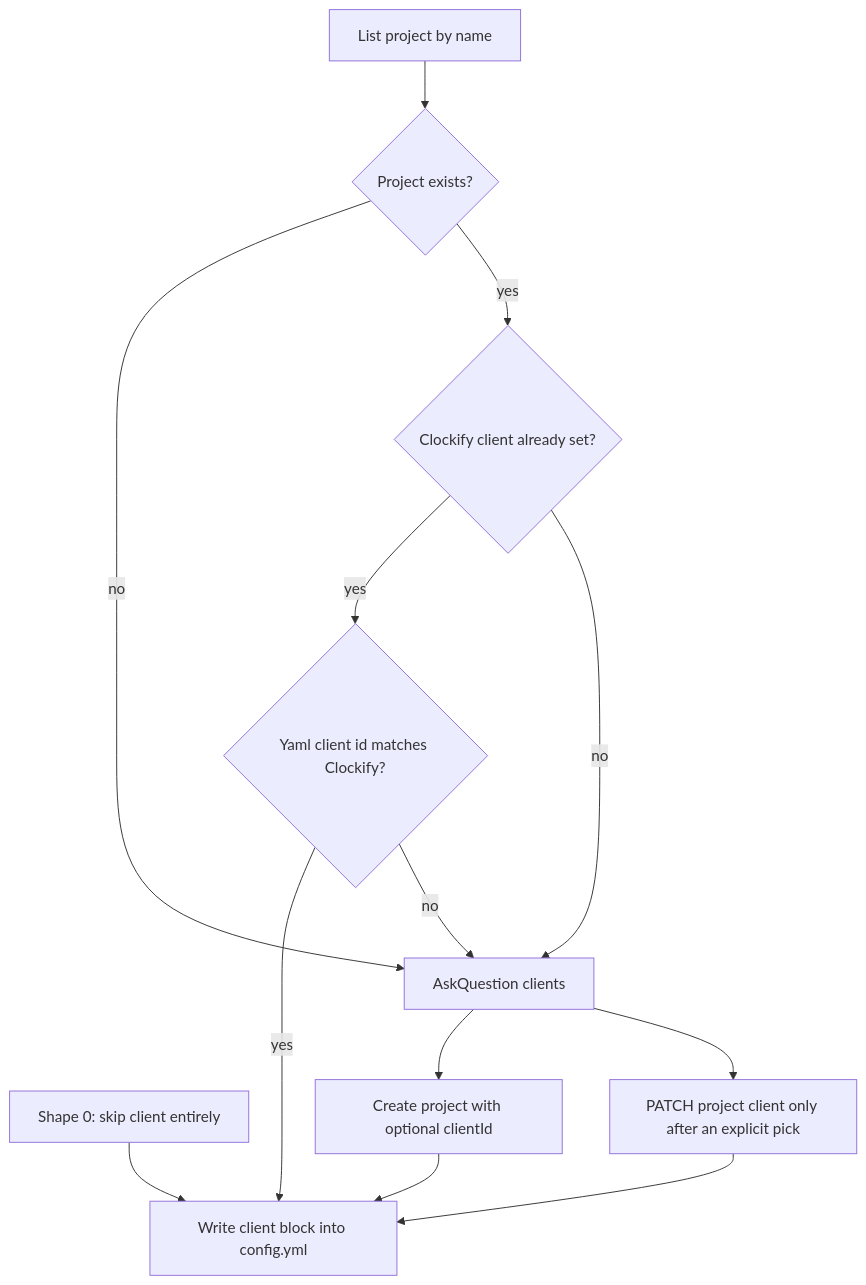
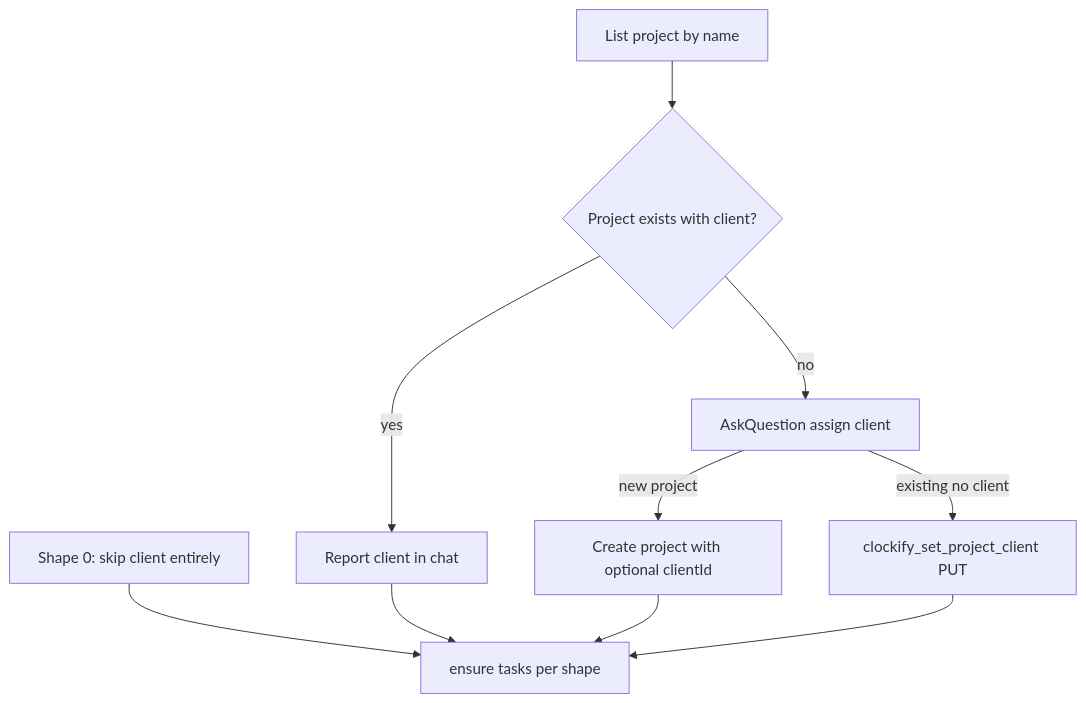
Before and after one commit to dustinestes/clockify-agent-plugin: the diagram in docs/flows.md, drawn with Mermaid. The commit also changed other lines of this file and 10 other files, not shown here.

First line of the commit message:
Treat clients as Clockify project metadata and fix assignment.

````diff
--- a/docs/flows.md
+++ b/docs/flows.md
@@ -30,25 +30,21 @@
 ```mermaid
 flowchart TD
   skip0[Shape 0: skip client entirely]
   lookup[List project by name]
-  hasProj{Project exists?}
-  hasClient{Clockify client already set?}
-  yamlMatch{Yaml client id matches Clockify?}
-  ask[AskQuestion clients]
+  hasClient{Project exists with client?}
+  report[Report client in chat]
+  ask[AskQuestion assign client]
   create[Create project with optional clientId]
-  patch[PATCH project client only after an explicit pick]
-  write[Write client block into config.yml]
+  patch[clockify_set_project_client PUT]
+  tasks[ensure tasks per shape]
 
-  skip0 --> write
-  lookup --> hasProj
-  hasProj -->|no| ask
-  ask --> create
-  create --> write
-  hasProj -->|yes| hasClient
-  hasClient -->|yes| yamlMatch
-  yamlMatch -->|yes| write
-  yamlMatch -->|no| ask
+  skip0 --> tasks
+  lookup --> hasClient
+  hasClient -->|yes| report
   hasClient -->|no| ask
-  ask --> patch
-  patch --> write
+  ask -->|new project| create
+  ask -->|existing no client| patch
+  report --> tasks
+  create --> tasks
+  patch --> tasks
 ```
````
